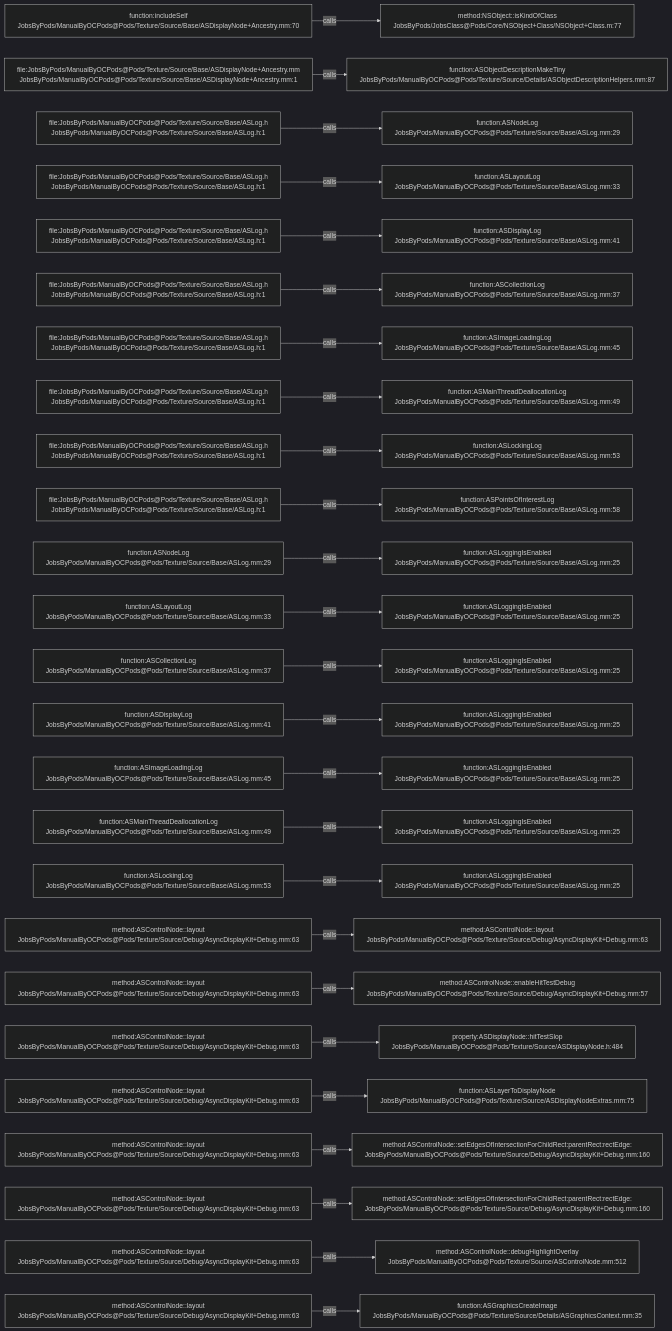
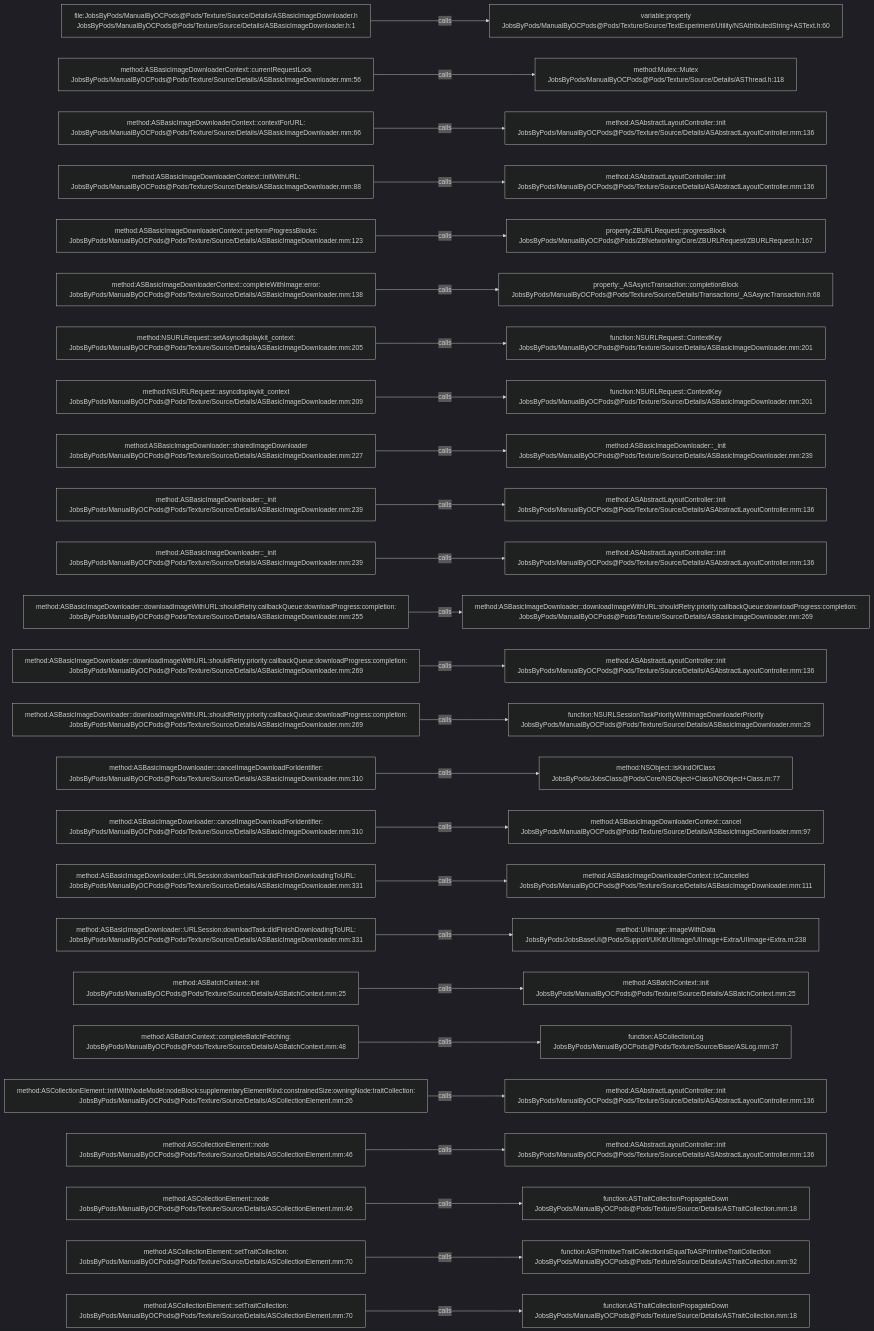
The diagram in .codegraph/codegraph.md/graphs/calls-149.md (JobsKits/JobsOCBaseConfigDemo), drawn with Mermaid (dark theme) before and after one commit. The commit also changed 1353 other files, not shown here.

````diff
--- a/.codegraph/codegraph.md/graphs/calls-149.md
+++ b/.codegraph/codegraph.md/graphs/calls-149.md
@@ -13,78 +13,78 @@
 ```mermaid
 flowchart LR
-  S1["function:includeSelf<br/>JobsByPods/ManualByOCPods@Pods/Texture/Source/Base/ASDisplayNode+Ancestry.mm:70"]
-  T1["method:NSObject::isKindOfClass<br/>JobsByPods/JobsClass@Pods/Core/NSObject+Class/NSObject+Class.m:77"]
+  S1["file:JobsByPods/ManualByOCPods@Pods/Texture/Source/Details/ASBasicImageDownloader.h<br/>JobsByPods/ManualByOCPods@Pods/Texture/Source/Details/ASBasicImageDownloader.h:1"]
+  T1["variable:property<br/>JobsByPods/ManualByOCPods@Pods/Texture/Source/TextExperiment/Utility/NSAttributedString+ASText.h:60"]
   S1 -->|calls| T1
-  S2["file:JobsByPods/ManualByOCPods@Pods/Texture/Source/Base/ASDisplayNode+Ancestry.mm<br/>JobsByPods/ManualByOCPods@Pods/Texture/Source/Base/ASDisplayNode+Ancestry.mm:1"]
-  T2["function:ASObjectDescriptionMakeTiny<br/>JobsByPods/ManualByOCPods@Pods/Texture/Source/Details/ASObjectDescriptionHelpers.mm:87"]
+  S2["method:ASBasicImageDownloaderContext::currentRequestLock<br/>JobsByPods/ManualByOCPods@Pods/Texture/Source/Details/ASBasicImageDownloader.mm:56"]
+  T2["method:Mutex::Mutex<br/>JobsByPods/ManualByOCPods@Pods/Texture/Source/Details/ASThread.h:118"]
   S2 -->|calls| T2
-  S3["file:JobsByPods/ManualByOCPods@Pods/Texture/Source/Base/ASLog.h<br/>JobsByPods/ManualByOCPods@Pods/Texture/Source/Base/ASLog.h:1"]
-  T3["function:ASNodeLog<br/>JobsByPods/ManualByOCPods@Pods/Texture/Source/Base/ASLog.mm:29"]
+  S3["method:ASBasicImageDownloaderContext::contextForURL:<br/>JobsByPods/ManualByOCPods@Pods/Texture/Source/Details/ASBasicImageDownloader.mm:66"]
+  T3["method:ASAbstractLayoutController::init<br/>JobsByPods/ManualByOCPods@Pods/Texture/Source/Details/ASAbstractLayoutController.mm:136"]
   S3 -->|calls| T3
-  S4["file:JobsByPods/ManualByOCPods@Pods/Texture/Source/Base/ASLog.h<br/>JobsByPods/ManualByOCPods@Pods/Texture/Source/Base/ASLog.h:1"]
-  T4["function:ASLayoutLog<br/>JobsByPods/ManualByOCPods@Pods/Texture/Source/Base/ASLog.mm:33"]
+  S4["method:ASBasicImageDownloaderContext::initWithURL:<br/>JobsByPods/ManualByOCPods@Pods/Texture/Source/Details/ASBasicImageDownloader.mm:88"]
+  T4["method:ASAbstractLayoutController::init<br/>JobsByPods/ManualByOCPods@Pods/Texture/Source/Details/ASAbstractLayoutController.mm:136"]
   S4 -->|calls| T4
-  S5["file:JobsByPods/ManualByOCPods@Pods/Texture/Source/Base/ASLog.h<br/>JobsByPods/ManualByOCPods@Pods/Texture/Source/Base/ASLog.h:1"]
-  T5["function:ASDisplayLog<br/>JobsByPods/ManualByOCPods@Pods/Texture/Source/Base/ASLog.mm:41"]
+  S5["method:ASBasicImageDownloaderContext::performProgressBlocks:<br/>JobsByPods/ManualByOCPods@Pods/Texture/Source/Details/ASBasicImageDownloader.mm:123"]
+  T5["property:ZBURLRequest::progressBlock<br/>JobsByPods/ManualByOCPods@Pods/ZBNetworking/Core/ZBURLRequest/ZBURLRequest.h:167"]
   S5 -->|calls| T5
-  S6["file:JobsByPods/ManualByOCPods@Pods/Texture/Source/Base/ASLog.h<br/>JobsByPods/ManualByOCPods@Pods/Texture/Source/Base/ASLog.h:1"]
-  T6["function:ASCollectionLog<br/>JobsByPods/ManualByOCPods@Pods/Texture/Source/Base/ASLog.mm:37"]
+  S6["method:ASBasicImageDownloaderContext::completeWithImage:error:<br/>JobsByPods/ManualByOCPods@Pods/Texture/Source/Details/ASBasicImageDownloader.mm:138"]
+  T6["property:_ASAsyncTransaction::completionBlock<br/>JobsByPods/ManualByOCPods@Pods/Texture/Source/Details/Transactions/_ASAsyncTransaction.h:68"]
   S6 -->|calls| T6
-  S7["file:JobsByPods/ManualByOCPods@Pods/Texture/Source/Base/ASLog.h<br/>JobsByPods/ManualByOCPods@Pods/Texture/Source/Base/ASLog.h:1"]
-  T7["function:ASImageLoadingLog<br/>JobsByPods/ManualByOCPods@Pods/Texture/Source/Base/ASLog.mm:45"]
+  S7["method:NSURLRequest::setAsyncdisplaykit_context:<br/>JobsByPods/ManualByOCPods@Pods/Texture/Source/Details/ASBasicImageDownloader.mm:205"]
+  T7["function:NSURLRequest::ContextKey<br/>JobsByPods/ManualByOCPods@Pods/Texture/Source/Details/ASBasicImageDownloader.mm:201"]
   S7 -->|calls| T7
-  S8["file:JobsByPods/ManualByOCPods@Pods/Texture/Source/Base/ASLog.h<br/>JobsByPods/ManualByOCPods@Pods/Texture/Source/Base/ASLog.h:1"]
-  T8["function:ASMainThreadDeallocationLog<br/>JobsByPods/ManualByOCPods@Pods/Texture/Source/Base/ASLog.mm:49"]
+  S8["method:NSURLRequest::asyncdisplaykit_context<br/>JobsByPods/ManualByOCPods@Pods/Texture/Source/Details/ASBasicImageDownloader.mm:209"]
+  T8["function:NSURLRequest::ContextKey<br/>JobsByPods/ManualByOCPods@Pods/Texture/Source/Details/ASBasicImageDownloader.mm:201"]
   S8 -->|calls| T8
-  S9["file:JobsByPods/ManualByOCPods@Pods/Texture/Source/Base/ASLog.h<br/>JobsByPods/ManualByOCPods@Pods/Texture/Source/Base/ASLog.h:1"]
-  T9["function:ASLockingLog<br/>JobsByPods/ManualByOCPods@Pods/Texture/Source/Base/ASLog.mm:53"]
+  S9["method:ASBasicImageDownloader::sharedImageDownloader<br/>JobsByPods/ManualByOCPods@Pods/Texture/Source/Details/ASBasicImageDownloader.mm:227"]
+  T9["method:ASBasicImageDownloader::_init<br/>JobsByPods/ManualByOCPods@Pods/Texture/Source/Details/ASBasicImageDownloader.mm:239"]
   S9 -->|calls| T9
-  S10["file:JobsByPods/ManualByOCPods@Pods/Texture/Source/Base/ASLog.h<br/>JobsByPods/ManualByOCPods@Pods/Texture/Source/Base/ASLog.h:1"]
-  T10["function:ASPointsOfInterestLog<br/>JobsByPods/ManualByOCPods@Pods/Texture/Source/Base/ASLog.mm:58"]
+  S10["method:ASBasicImageDownloader::_init<br/>JobsByPods/ManualByOCPods@Pods/Texture/Source/Details/ASBasicImageDownloader.mm:239"]
+  T10["method:ASAbstractLayoutController::init<br/>JobsByPods/ManualByOCPods@Pods/Texture/Source/Details/ASAbstractLayoutController.mm:136"]
   S10 -->|calls| T10
-  S11["function:ASNodeLog<br/>JobsByPods/ManualByOCPods@Pods/Texture/Source/Base/ASLog.mm:29"]
-  T11["function:ASLoggingIsEnabled<br/>JobsByPods/ManualByOCPods@Pods/Texture/Source/Base/ASLog.mm:25"]
+  S11["method:ASBasicImageDownloader::_init<br/>JobsByPods/ManualByOCPods@Pods/Texture/Source/Details/ASBasicImageDownloader.mm:239"]
+  T11["method:ASAbstractLayoutController::init<br/>JobsByPods/ManualByOCPods@Pods/Texture/Source/Details/ASAbstractLayoutController.mm:136"]
   S11 -->|calls| T11
-  S12["function:ASLayoutLog<br/>JobsByPods/ManualByOCPods@Pods/Texture/Source/Base/ASLog.mm:33"]
-  T12["function:ASLoggingIsEnabled<br/>JobsByPods/ManualByOCPods@Pods/Texture/Source/Base/ASLog.mm:25"]
+  S12["method:ASBasicImageDownloader::downloadImageWithURL:shouldRetry:callbackQueue:downloadProgress:completion:<br/>JobsByPods/ManualByOCPods@Pods/Texture/Source/Details/ASBasicImageDownloader.mm:255"]
+  T12["method:ASBasicImageDownloader::downloadImageWithURL:shouldRetry:priority:callbackQueue:downloadProgress:completion:<br/>JobsByPods/ManualByOCPods@Pods/Texture/Source/Details/ASBasicImageDownloader.mm:269"]
   S12 -->|calls| T12
-  S13["function:ASCollectionLog<br/>JobsByPods/ManualByOCPods@Pods/Texture/Source/Base/ASLog.mm:37"]
-  T13["function:ASLoggingIsEnabled<br/>JobsByPods/ManualByOCPods@Pods/Texture/Source/Base/ASLog.mm:25"]
+  S13["method:ASBasicImageDownloader::downloadImageWithURL:shouldRetry:priority:callbackQueue:downloadProgress:completion:<br/>JobsByPods/ManualByOCPods@Pods/Texture/Source/Details/ASBasicImageDownloader.mm:269"]
+  T13["method:ASAbstractLayoutController::init<br/>JobsByPods/ManualByOCPods@Pods/Texture/Source/Details/ASAbstractLayoutController.mm:136"]
   S13 -->|calls| T13
-  S14["function:ASDisplayLog<br/>JobsByPods/ManualByOCPods@Pods/Texture/Source/Base/ASLog.mm:41"]
-  T14["function:ASLoggingIsEnabled<br/>JobsByPods/ManualByOCPods@Pods/Texture/Source/Base/ASLog.mm:25"]
+  S14["method:ASBasicImageDownloader::downloadImageWithURL:shouldRetry:priority:callbackQueue:downloadProgress:completion:<br/>JobsByPods/ManualByOCPods@Pods/Texture/Source/Details/ASBasicImageDownloader.mm:269"]
+  T14["function:NSURLSessionTaskPriorityWithImageDownloaderPriority<br/>JobsByPods/ManualByOCPods@Pods/Texture/Source/Details/ASBasicImageDownloader.mm:29"]
   S14 -->|calls| T14
-  S15["function:ASImageLoadingLog<br/>JobsByPods/ManualByOCPods@Pods/Texture/Source/Base/ASLog.mm:45"]
-  T15["function:ASLoggingIsEnabled<br/>JobsByPods/ManualByOCPods@Pods/Texture/Source/Base/ASLog.mm:25"]
+  S15["method:ASBasicImageDownloader::cancelImageDownloadForIdentifier:<br/>JobsByPods/ManualByOCPods@Pods/Texture/Source/Details/ASBasicImageDownloader.mm:310"]
+  T15["method:NSObject::isKindOfClass<br/>JobsByPods/JobsClass@Pods/Core/NSObject+Class/NSObject+Class.m:77"]
   S15 -->|calls| T15
-  S16["function:ASMainThreadDeallocationLog<br/>JobsByPods/ManualByOCPods@Pods/Texture/Source/Base/ASLog.mm:49"]
-  T16["function:ASLoggingIsEnabled<br/>JobsByPods/ManualByOCPods@Pods/Texture/Source/Base/ASLog.mm:25"]
+  S16["method:ASBasicImageDownloader::cancelImageDownloadForIdentifier:<br/>JobsByPods/ManualByOCPods@Pods/Texture/Source/Details/ASBasicImageDownloader.mm:310"]
+  T16["method:ASBasicImageDownloaderContext::cancel<br/>JobsByPods/ManualByOCPods@Pods/Texture/Source/Details/ASBasicImageDownloader.mm:97"]
   S16 -->|calls| T16
-  S17["function:ASLockingLog<br/>JobsByPods/ManualByOCPods@Pods/Texture/Source/Base/ASLog.mm:53"]
-  T17["function:ASLoggingIsEnabled<br/>JobsByPods/ManualByOCPods@Pods/Texture/Source/Base/ASLog.mm:25"]
+  S17["method:ASBasicImageDownloader::URLSession:downloadTask:didFinishDownloadingToURL:<br/>JobsByPods/ManualByOCPods@Pods/Texture/Source/Details/ASBasicImageDownloader.mm:331"]
+  T17["method:ASBasicImageDownloaderContext::isCancelled<br/>JobsByPods/ManualByOCPods@Pods/Texture/Source/Details/ASBasicImageDownloader.mm:111"]
   S17 -->|calls| T17
-  S18["method:ASControlNode::layout<br/>JobsByPods/ManualByOCPods@Pods/Texture/Source/Debug/AsyncDisplayKit+Debug.mm:63"]
-  T18["method:ASControlNode::layout<br/>JobsByPods/ManualByOCPods@Pods/Texture/Source/Debug/AsyncDisplayKit+Debug.mm:63"]
+  S18["method:ASBasicImageDownloader::URLSession:downloadTask:didFinishDownloadingToURL:<br/>JobsByPods/ManualByOCPods@Pods/Texture/Source/Details/ASBasicImageDownloader.mm:331"]
+  T18["method:UIImage::imageWithData<br/>JobsByPods/JobsBaseUI@Pods/Support/UIKit/UIImage/UIImage+Extra/UIImage+Extra.m:238"]
   S18 -->|calls| T18
-  S19["method:ASControlNode::layout<br/>JobsByPods/ManualByOCPods@Pods/Texture/Source/Debug/AsyncDisplayKit+Debug.mm:63"]
-  T19["method:ASControlNode::enableHitTestDebug<br/>JobsByPods/ManualByOCPods@Pods/Texture/Source/Debug/AsyncDisplayKit+Debug.mm:57"]
+  S19["method:ASBatchContext::init<br/>JobsByPods/ManualByOCPods@Pods/Texture/Source/Details/ASBatchContext.mm:25"]
+  T19["method:ASBatchContext::init<br/>JobsByPods/ManualByOCPods@Pods/Texture/Source/Details/ASBatchContext.mm:25"]
   S19 -->|calls| T19
-  S20["method:ASControlNode::layout<br/>JobsByPods/ManualByOCPods@Pods/Texture/Source/Debug/AsyncDisplayKit+Debug.mm:63"]
-  T20["property:ASDisplayNode::hitTestSlop<br/>JobsByPods/ManualByOCPods@Pods/Texture/Source/ASDisplayNode.h:484"]
+  S20["method:ASBatchContext::completeBatchFetching:<br/>JobsByPods/ManualByOCPods@Pods/Texture/Source/Details/ASBatchContext.mm:48"]
+  T20["function:ASCollectionLog<br/>JobsByPods/ManualByOCPods@Pods/Texture/Source/Base/ASLog.mm:37"]
   S20 -->|calls| T20
-  S21["method:ASControlNode::layout<br/>JobsByPods/ManualByOCPods@Pods/Texture/Source/Debug/AsyncDisplayKit+Debug.mm:63"]
-  T21["function:ASLayerToDisplayNode<br/>JobsByPods/ManualByOCPods@Pods/Texture/Source/ASDisplayNodeExtras.mm:75"]
+  S21["method:ASCollectionElement::initWithNodeModel:nodeBlock:supplementaryElementKind:constrainedSize:owningNode:traitCollection:<br/>JobsByPods/ManualByOCPods@Pods/Texture/Source/Details/ASCollectionElement.mm:26"]
+  T21["method:ASAbstractLayoutController::init<br/>JobsByPods/ManualByOCPods@Pods/Texture/Source/Details/ASAbstractLayoutController.mm:136"]
   S21 -->|calls| T21
-  S22["method:ASControlNode::layout<br/>JobsByPods/ManualByOCPods@Pods/Texture/Source/Debug/AsyncDisplayKit+Debug.mm:63"]
-  T22["method:ASControlNode::setEdgesOfIntersectionForChildRect:parentRect:rectEdge:<br/>JobsByPods/ManualByOCPods@Pods/Texture/Source/Debug/AsyncDisplayKit+Debug.mm:160"]
+  S22["method:ASCollectionElement::node<br/>JobsByPods/ManualByOCPods@Pods/Texture/Source/Details/ASCollectionElement.mm:46"]
+  T22["method:ASAbstractLayoutController::init<br/>JobsByPods/ManualByOCPods@Pods/Texture/Source/Details/ASAbstractLayoutController.mm:136"]
   S22 -->|calls| T22
-  S23["method:ASControlNode::layout<br/>JobsByPods/ManualByOCPods@Pods/Texture/Source/Debug/AsyncDisplayKit+Debug.mm:63"]
-  T23["method:ASControlNode::setEdgesOfIntersectionForChildRect:parentRect:rectEdge:<br/>JobsByPods/ManualByOCPods@Pods/Texture/Source/Debug/AsyncDisplayKit+Debug.mm:160"]
+  S23["method:ASCollectionElement::node<br/>JobsByPods/ManualByOCPods@Pods/Texture/Source/Details/ASCollectionElement.mm:46"]
+  T23["function:ASTraitCollectionPropagateDown<br/>JobsByPods/ManualByOCPods@Pods/Texture/Source/Details/ASTraitCollection.mm:18"]
   S23 -->|calls| T23
-  S24["method:ASControlNode::layout<br/>JobsByPods/ManualByOCPods@Pods/Texture/Source/Debug/AsyncDisplayKit+Debug.mm:63"]
-  T24["method:ASControlNode::debugHighlightOverlay<br/>JobsByPods/ManualByOCPods@Pods/Texture/Source/ASControlNode.mm:512"]
+  S24["method:ASCollectionElement::setTraitCollection:<br/>JobsByPods/ManualByOCPods@Pods/Texture/Source/Details/ASCollectionElement.mm:70"]
+  T24["function:ASPrimitiveTraitCollectionIsEqualToASPrimitiveTraitCollection<br/>JobsByPods/ManualByOCPods@Pods/Texture/Source/Details/ASTraitCollection.mm:92"]
   S24 -->|calls| T24
-  S25["method:ASControlNode::layout<br/>JobsByPods/ManualByOCPods@Pods/Texture/Source/Debug/AsyncDisplayKit+Debug.mm:63"]
-  T25["function:ASGraphicsCreateImage<br/>JobsByPods/ManualByOCPods@Pods/Texture/Source/Details/ASGraphicsContext.mm:35"]
+  S25["method:ASCollectionElement::setTraitCollection:<br/>JobsByPods/ManualByOCPods@Pods/Texture/Source/Details/ASCollectionElement.mm:70"]
+  T25["function:ASTraitCollectionPropagateDown<br/>JobsByPods/ManualByOCPods@Pods/Texture/Source/Details/ASTraitCollection.mm:18"]
   S25 -->|calls| T25
 ```
````
